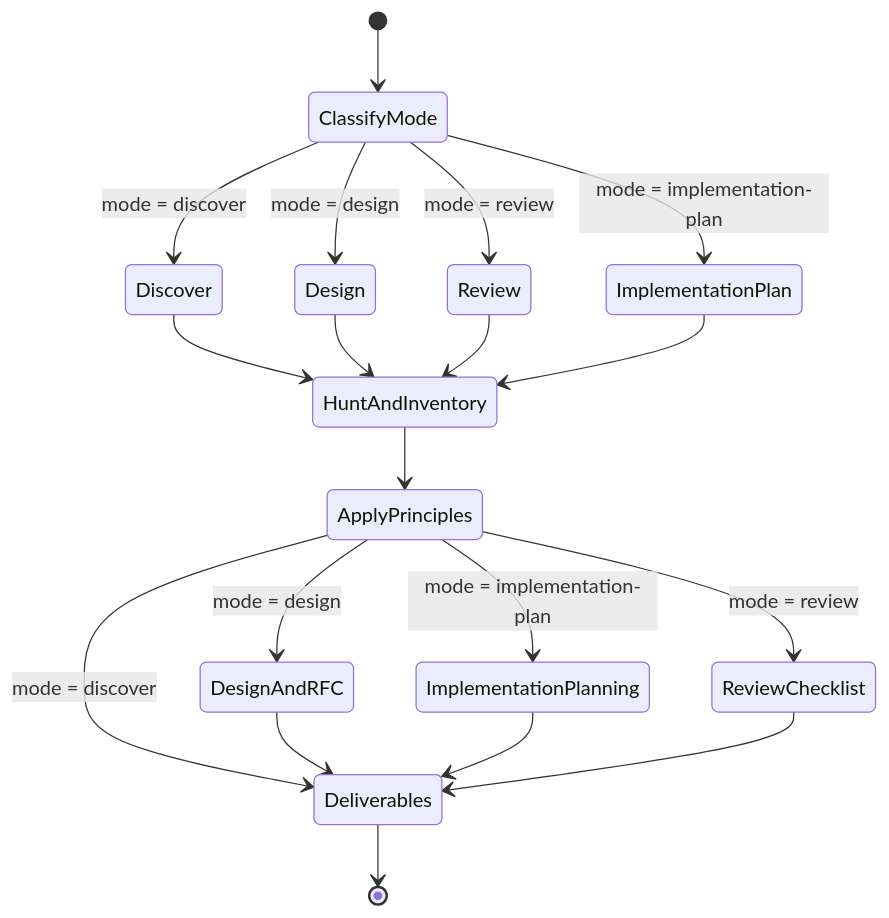
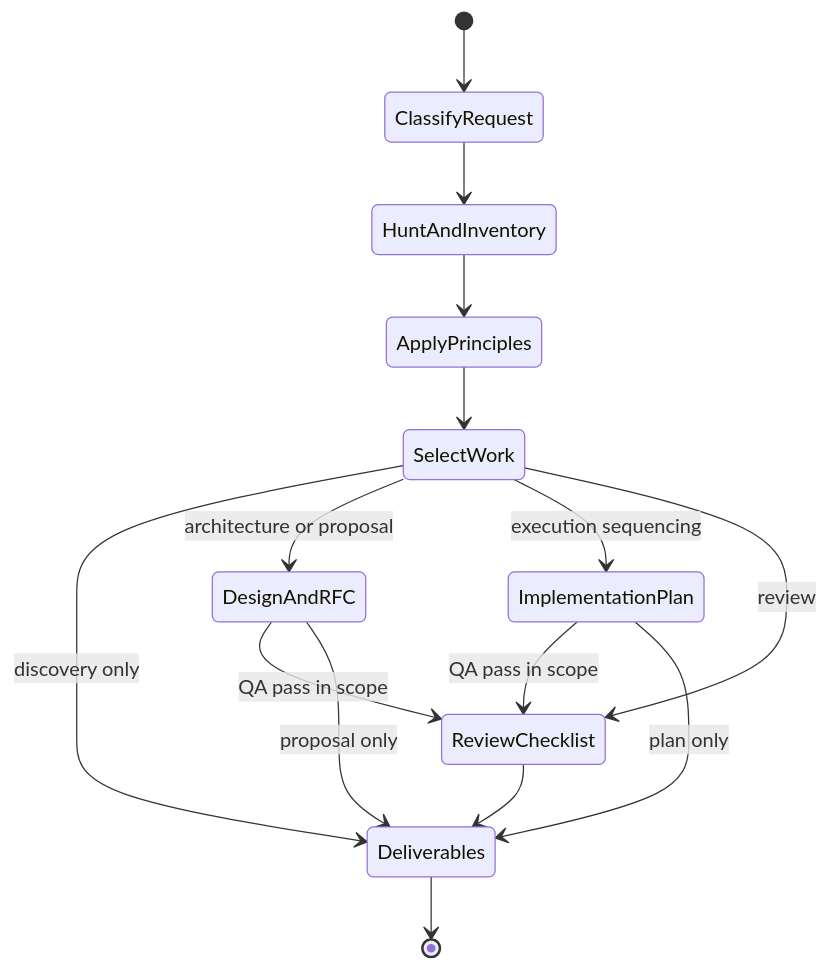
Before and after one commit to vincentkoc/dotskills: the diagram in skills/technical-integrations/SKILL.md, drawn with Mermaid. The commit also changed 25 other files, not shown here.

Commit message:
docs(skills): validate workflow charts and scoped exemptions

````diff
--- a/skills/technical-integrations/SKILL.md
+++ b/skills/technical-integrations/SKILL.md
@@ -34,29 +34,18 @@
 ```mermaid
 stateDiagram-v2
-    [*] --> ClassifyMode
-
-    state ClassifyMode <<choice>>
-    ClassifyMode --> Discover: mode = discover
-    ClassifyMode --> Design: mode = design
-    ClassifyMode --> Review: mode = review
-    ClassifyMode --> ImplementationPlan: mode = implementation-plan
-
-    Discover --> HuntAndInventory
-    Design --> HuntAndInventory
-    Review --> HuntAndInventory
-    ImplementationPlan --> HuntAndInventory
-
+    [*] --> ClassifyRequest
+    ClassifyRequest --> HuntAndInventory
     HuntAndInventory --> ApplyPrinciples
-
-    state ApplyPrinciples <<choice>>
-    ApplyPrinciples --> Deliverables: mode = discover
-    ApplyPrinciples --> DesignAndRFC: mode = design
-    ApplyPrinciples --> ImplementationPlanning: mode = implementation-plan
-    ApplyPrinciples --> ReviewChecklist: mode = review
-
-    DesignAndRFC --> Deliverables
-    ImplementationPlanning --> Deliverables
+    ApplyPrinciples --> SelectWork
+    state SelectWork <<choice>>
+    SelectWork --> Deliverables: discovery only
+    SelectWork --> DesignAndRFC: architecture or proposal
+    SelectWork --> ImplementationPlan: execution sequencing
+    SelectWork --> ReviewChecklist: review
+    DesignAndRFC --> ReviewChecklist: QA pass in scope
+    DesignAndRFC --> Deliverables: proposal only
+    ImplementationPlan --> ReviewChecklist: QA pass in scope
+    ImplementationPlan --> Deliverables: plan only
     ReviewChecklist --> Deliverables
-
     Deliverables --> [*]
 ```
````
